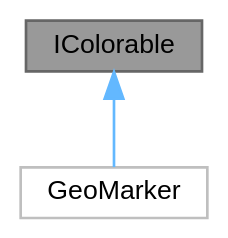
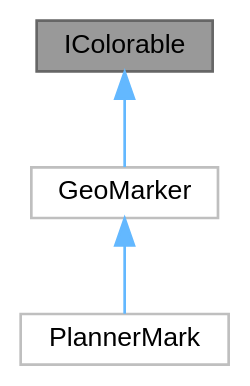
Before and after one commit to whs31/quasar-software: the diagram in docs/d4/d24/class_i_colorable__inherit__graph.dot, drawn with Graphviz. The commit also changed 65 other files, not shown here.

```diff
--- a/docs/d4/d24/class_i_colorable__inherit__graph.dot
+++ b/docs/d4/d24/class_i_colorable__inherit__graph.dot
@@ -1,11 +1,13 @@
 digraph "IColorable"
 {
  // INTERACTIVE_SVG=YES
  // LATEX_PDF_SIZE
   bgcolor="transparent";
   edge [fontname=Helvetica,fontsize=10,labelfontname=Helvetica,labelfontsize=10];
   node [fontname=Helvetica,fontsize=10,shape=box,height=0.2,width=0.4];
   Node1 [id="Node000001",label="IColorable",height=0.2,width=0.4,color="gray40", fillcolor="grey60", style="filled", fontcolor="black",tooltip=" "];
   Node1 -> Node2 [id="edge1_Node000001_Node000002",dir="back",color="steelblue1",style="solid",tooltip=" "];
   Node2 [id="Node000002",label="GeoMarker",height=0.2,width=0.4,color="grey75", fillcolor="white", style="filled",URL="$d4/d7f/class_map_1_1_geo_marker.html",tooltip=" "];
+  Node2 -> Node3 [id="edge2_Node000002_Node000003",dir="back",color="steelblue1",style="solid",tooltip=" "];
+  Node3 [id="Node000003",label="PlannerMark",height=0.2,width=0.4,color="grey75", fillcolor="white", style="filled",URL="$db/d2b/class_map_1_1_planner_mark.html",tooltip=" "];
 }
```
